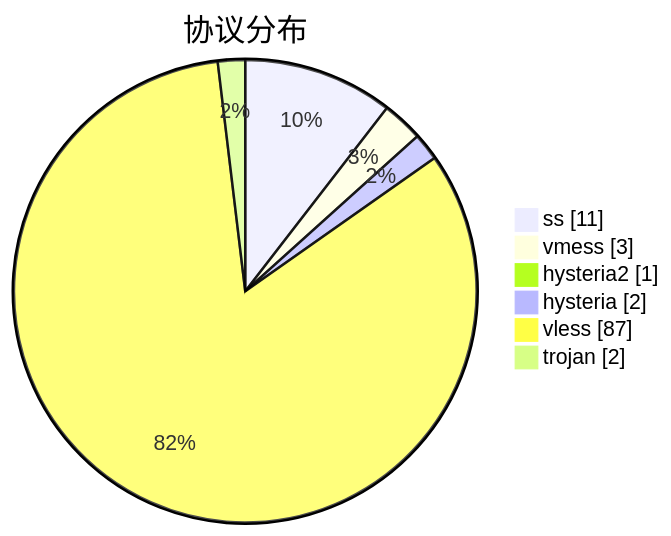
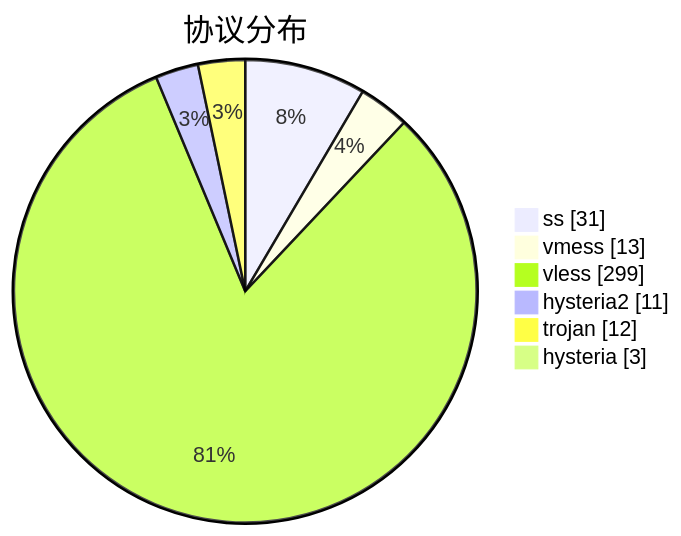
One commit to sinspired/airport changed the third of 3 diagrams in subs/statistics/tested_within.md. Above: the diagram before and after it, drawn with Mermaid. The commit also changed other lines of this file and 2 other files, not shown here.

````diff
--- a/subs/statistics/tested_within.md
+++ b/subs/statistics/tested_within.md
@@ -30,10 +42,10 @@
 ```mermaid
 pie showData
 title 协议分布
-"ss" : 11
-"vmess" : 3
-"hysteria2" : 1
-"hysteria" : 2
-"vless" : 87
-"trojan" : 2
+"ss" : 31
+"vmess" : 13
+"vless" : 299
+"hysteria2" : 11
+"trojan" : 12
+"hysteria" : 3
 ```
````
